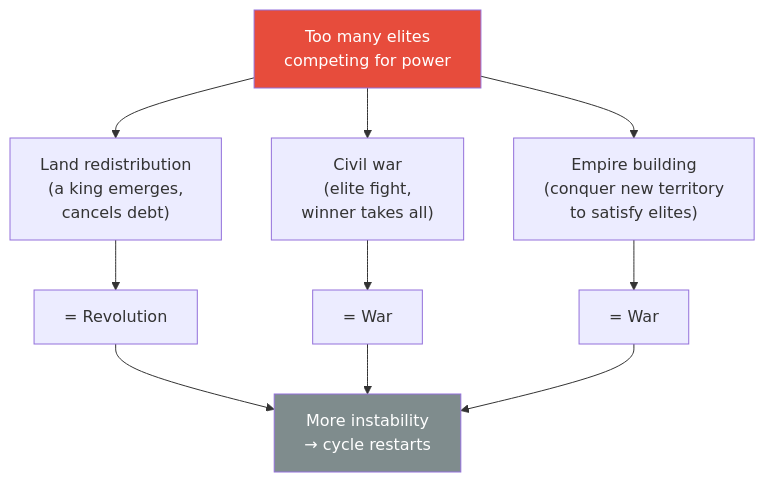
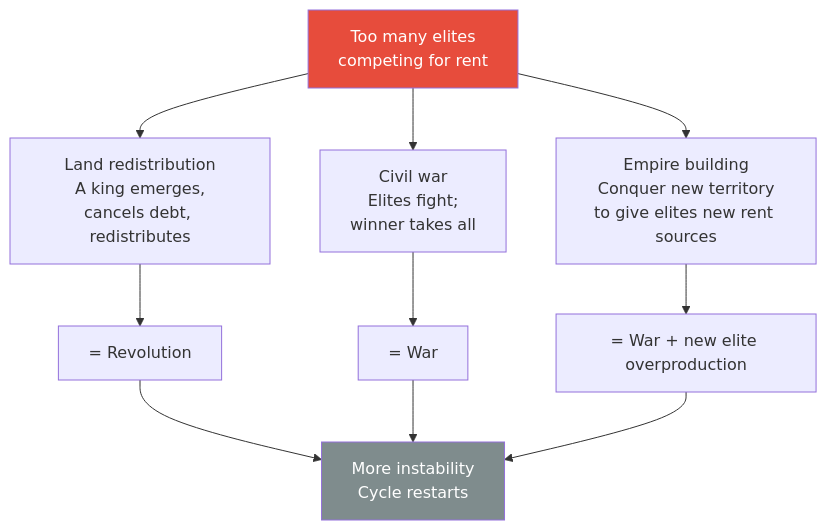
One commit to alius33/reader changed the fifth of 8 diagrams in summaries/Lectures/Civilization/06 - Elite Overproduction and the Bronze Age Collapse.md. Above: the diagram before and after it, drawn with Mermaid. The commit also changed other lines of this file and 26 other files, not shown here.

````diff
--- a/summaries/Lectures/Civilization/06 - Elite Overproduction and the Bronze Age Collapse.md
+++ b/summaries/Lectures/Civilization/06 - Elite Overproduction and the Bronze Age Collapse.md
@@ -216,14 +297,14 @@
 ```mermaid
 flowchart TB
-    EO["Too many elites<br/>competing for power"] --> S1["Land redistribution<br/>(a king emerges,<br/>cancels debt)"]
-    EO --> S2["Civil war<br/>(elite fight,<br/>winner takes all)"]
-    EO --> S3["Empire building<br/>(conquer new territory<br/>to satisfy elites)"]
+    EO["Too many elites<br/>competing for rent"] --> S1["Land redistribution<br/>A king emerges,<br/>cancels debt, redistributes"]
+    EO --> S2["Civil war<br/>Elites fight;<br/>winner takes all"]
+    EO --> S3["Empire building<br/>Conquer new territory<br/>to give elites new rent sources"]
     S1 --> I1["= Revolution"]
     S2 --> I2["= War"]
-    S3 --> I3["= War"]
-    I1 --> R["More instability<br/>→ cycle restarts"]
+    S3 --> I3["= War + new elite overproduction"]
+    I1 --> R["More instability<br/>Cycle restarts"]
     I2 --> R
     I3 --> R
     style EO fill:#e74c3c,color:#fff
     style R fill:#7f8c8d,color:#fff
 ```
````
